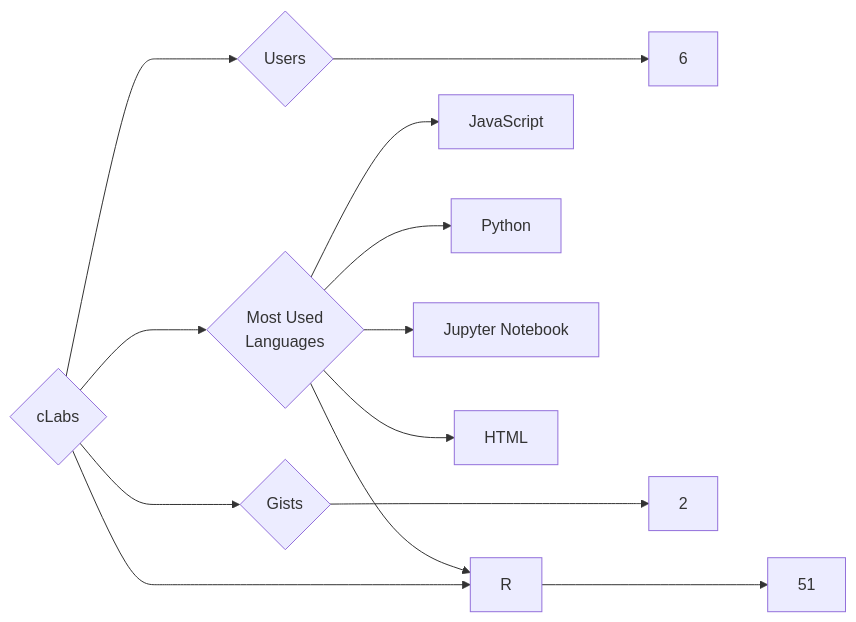
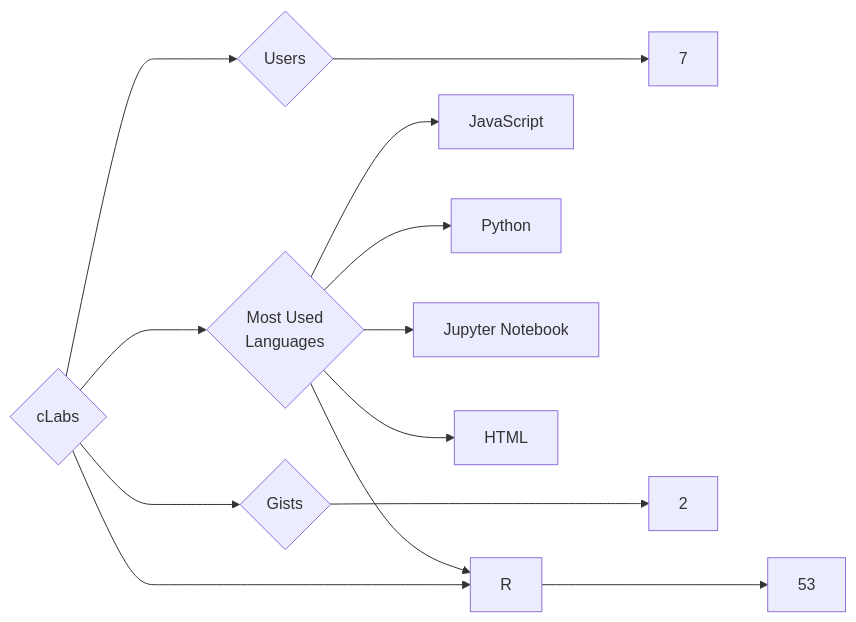
Before and after one commit to trickest/insiders: the diagram in targets/cLabs/README.md, drawn with Mermaid. The commit also changed 1141 other files, not shown here.

````diff
--- a/targets/cLabs/README.md
+++ b/targets/cLabs/README.md
@@ -3,13 +3,13 @@
 ```mermaid
 graph LR
 COMPANY_NAME{cLabs}
-COMPANY_NAME ---> U{Users} ---> UN[6]
-COMPANY_NAME ---> R{Repositories} ---> RN[51]
+COMPANY_NAME ---> U{Users} ---> UN[7]
+COMPANY_NAME ---> R{Repositories} ---> RN[53]
 COMPANY_NAME ---> G{Gists} ---> GN[2]
 COMPANY_NAME ---> ML{Most Used<br>Languages}
 ML --> JavaScript[JavaScript]
 ML --> Python[Python]
 ML --> Jupyter_Notebook[Jupyter Notebook]
 ML --> HTML[HTML]
 ML --> R[R]
 ```
````
